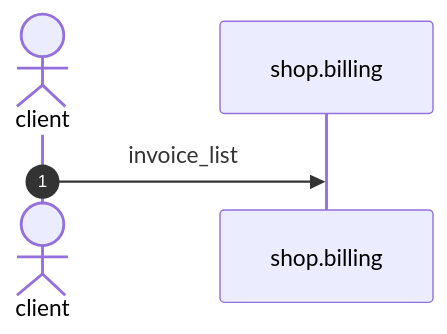
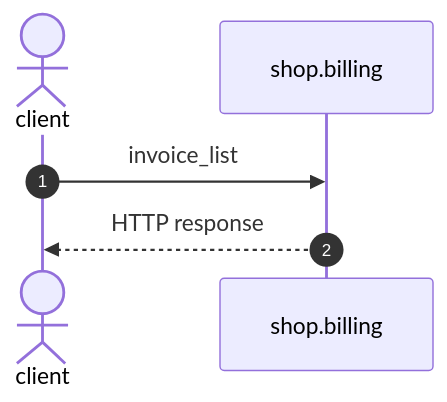
One commit to shortlink-org/portolan changed the diagram in docs/example/flows/billing-invoice-list.md. Above: the diagram before and after it, drawn with Mermaid. The commit also changed other lines of this file and 191 other files, not shown here.

````diff
--- a/docs/example/flows/billing-invoice-list.md
+++ b/docs/example/flows/billing-invoice-list.md
@@ -20,7 +22,8 @@
 ```mermaid
 sequenceDiagram
     autonumber
     actor p0 as client
     participant p1 as shop.billing
     p0->>p1: invoice_list
+    p1-->>p0: HTTP response
 ```
````
